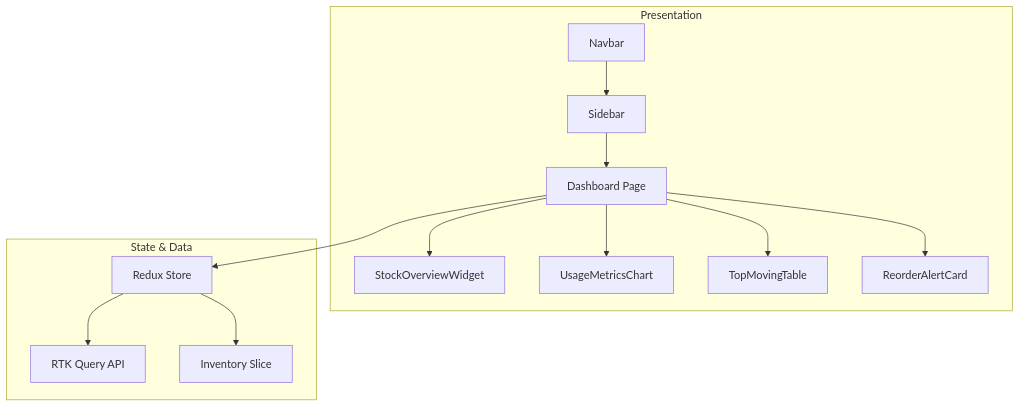
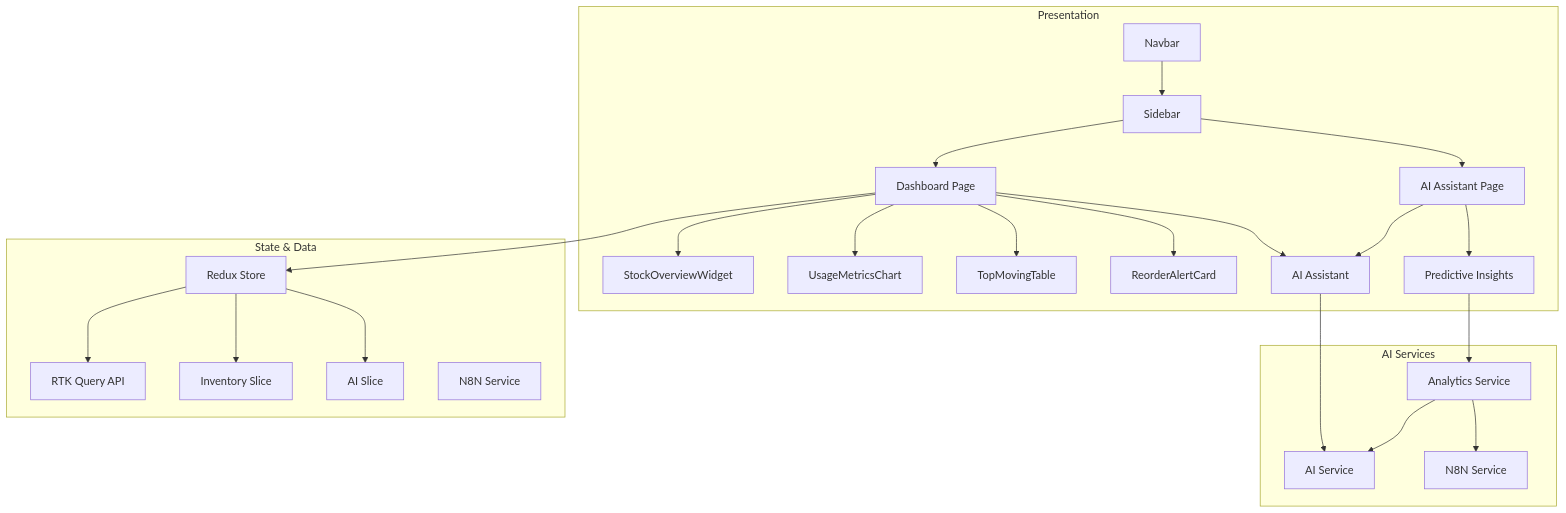
Before and after one commit to cacamarica/dashboard-ai: the second of 11 diagrams in .qoder/repowiki/en/content/Core Features/Dashboard Interface.md, drawn with Mermaid. The commit also changed other lines of this file and 14 other files, not shown here.

````diff
--- a/.qoder/repowiki/en/content/Core Features/Dashboard Interface.md
+++ b/.qoder/repowiki/en/content/Core Features/Dashboard Interface.md
@@ -126,26 +179,45 @@
 ```mermaid
 graph TB
 subgraph "Presentation"
 DP["Dashboard Page"]
+AIPage["AI Assistant Page"]
 W1["StockOverviewWidget"]
 W2["UsageMetricsChart"]
 W3["TopMovingTable"]
 W4["ReorderAlertCard"]
+AIAssistant["AI Assistant"]
+PredictiveInsight["Predictive Insights"]
 NB["Navbar"]
 SB["Sidebar"]
+end
+subgraph "AI Services"
+AIService["AI Service"]
+AnalyticsService["Analytics Service"]
+N8NService["N8N Service"]
 end
 subgraph "State & Data"
 ST["Redux Store"]
 API["RTK Query API"]
 SL["Inventory Slice"]
+AISlice["AI Slice"]
+NS["N8N Service"]
 end
 DP --> W1
 DP --> W2
 DP --> W3
 DP --> W4
+DP --> AIAssistant
+AIPage --> AIAssistant
+AIPage --> PredictiveInsight
+AIAssistant --> AIService
+PredictiveInsight --> AnalyticsService
+AnalyticsService --> AIService
+AnalyticsService --> N8NService
 DP --> ST
 ST --> API
 ST --> SL
+ST --> AISlice
 NB --> SB
 SB --> DP
+SB --> AIPage
 ```
````
